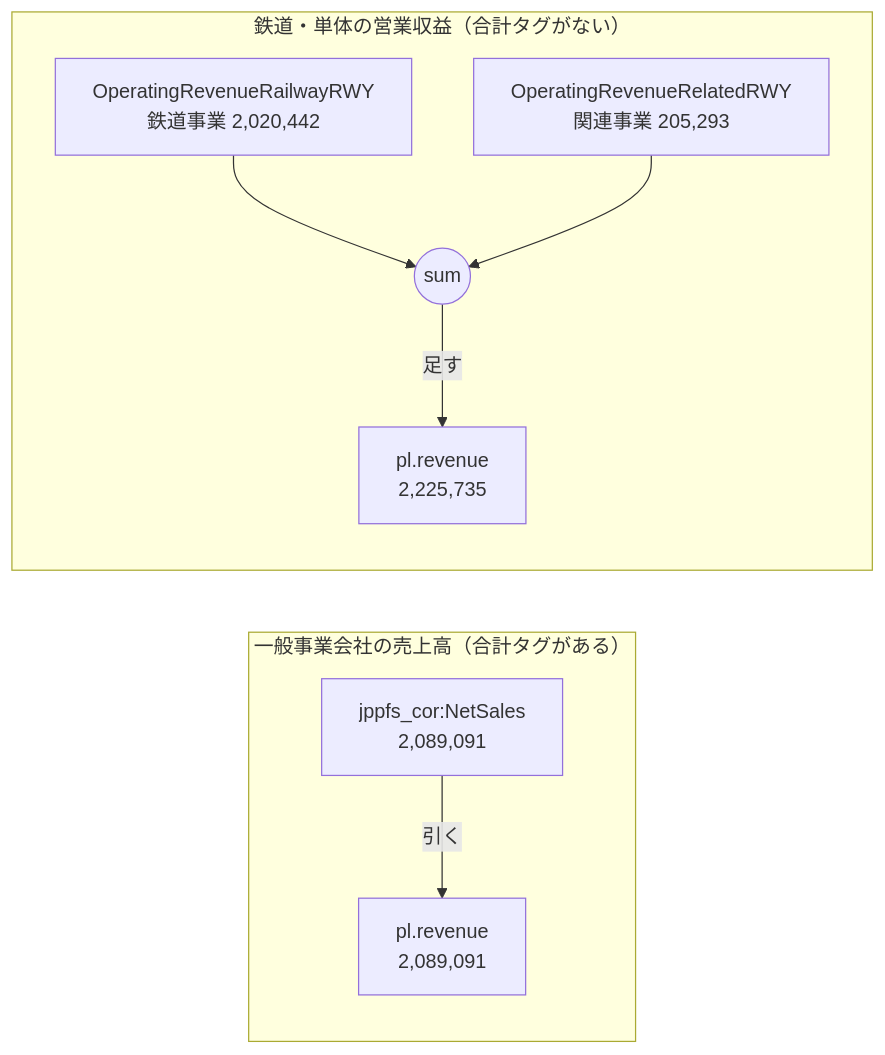
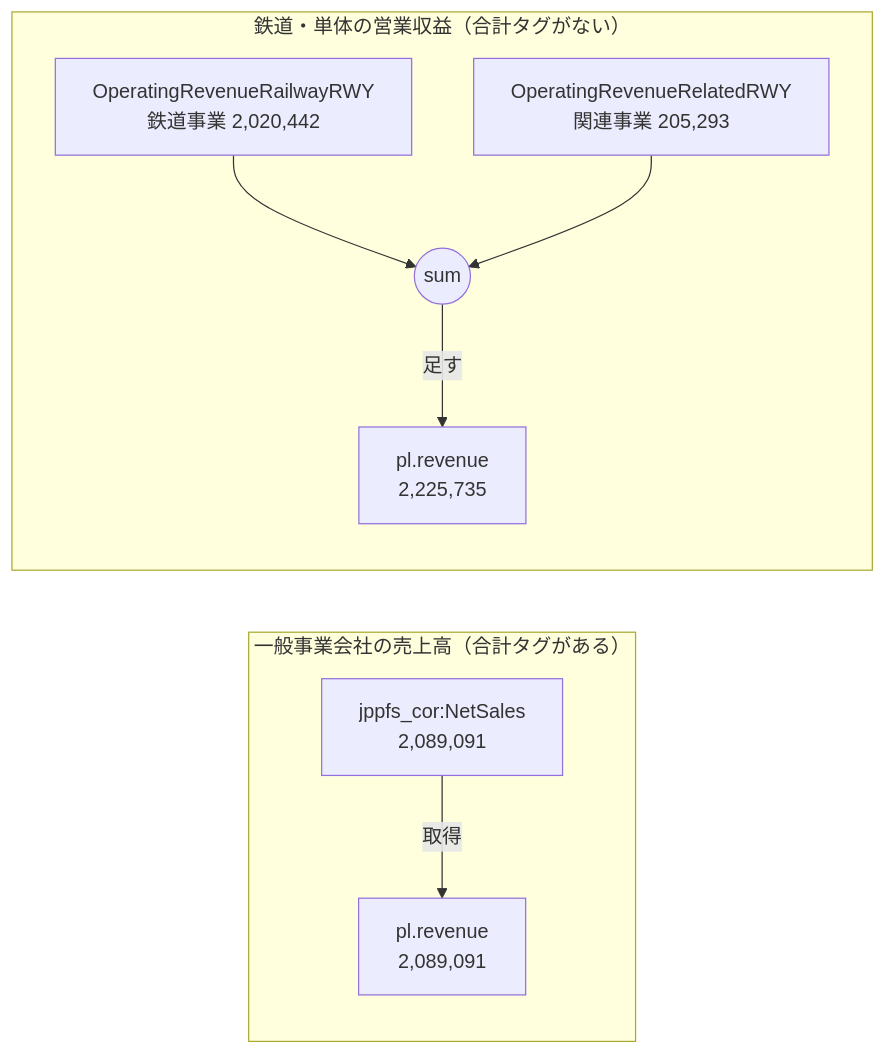
Before and after one commit to shin4488/financial-statement: the eighth of 9 diagrams in docs/guide/03_data_flow.md, drawn with Mermaid. The commit also changed other lines of this file and 7 other files, not shown here.

````diff
--- a/docs/guide/03_data_flow.md
+++ b/docs/guide/03_data_flow.md
@@ -337,11 +271,11 @@
 ```mermaid
 flowchart LR
     subgraph normal["一般事業会社の売上高（合計タグがある）"]
-        N["jppfs_cor:NetSales<br>2,089,091"] -->|引く| R1["pl.revenue<br>2,089,091"]
+        N["jppfs_cor:NetSales<br>2,089,091"] -->|取得| R1["pl.revenue<br>2,089,091"]
     end
     subgraph rwy["鉄道・単体の営業収益（合計タグがない）"]
         A["OperatingRevenueRailwayRWY<br>鉄道事業 2,020,442"] --> S(("sum"))
         B["OperatingRevenueRelatedRWY<br>関連事業 205,293"] --> S
         S -->|足す| R2["pl.revenue<br>2,225,735"]
     end
 ```
````
